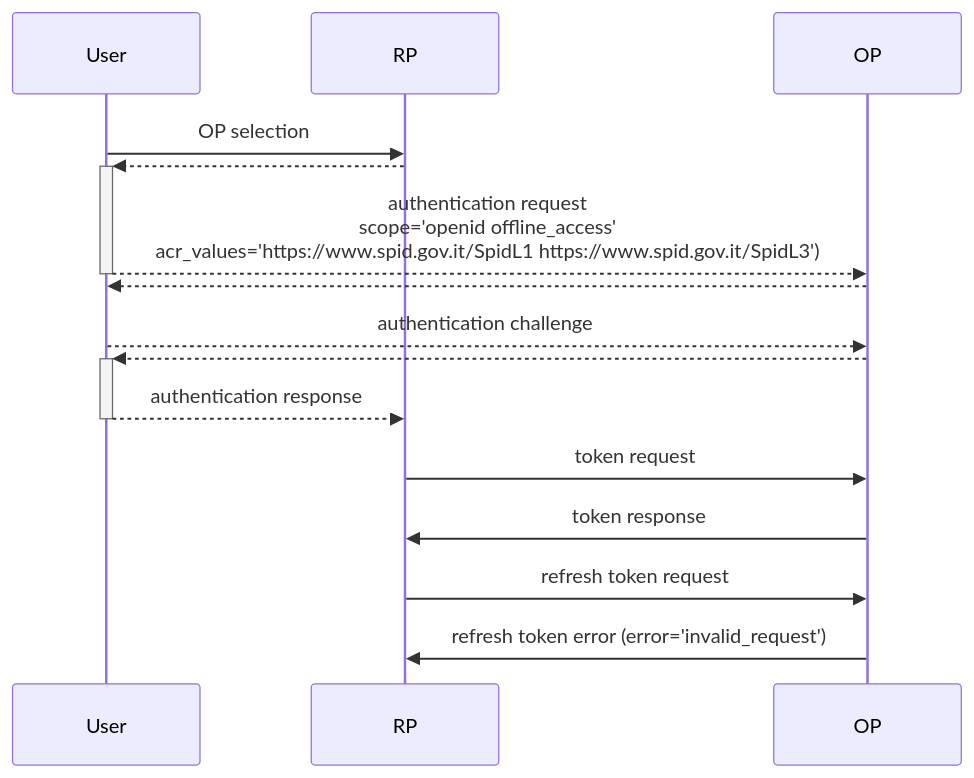
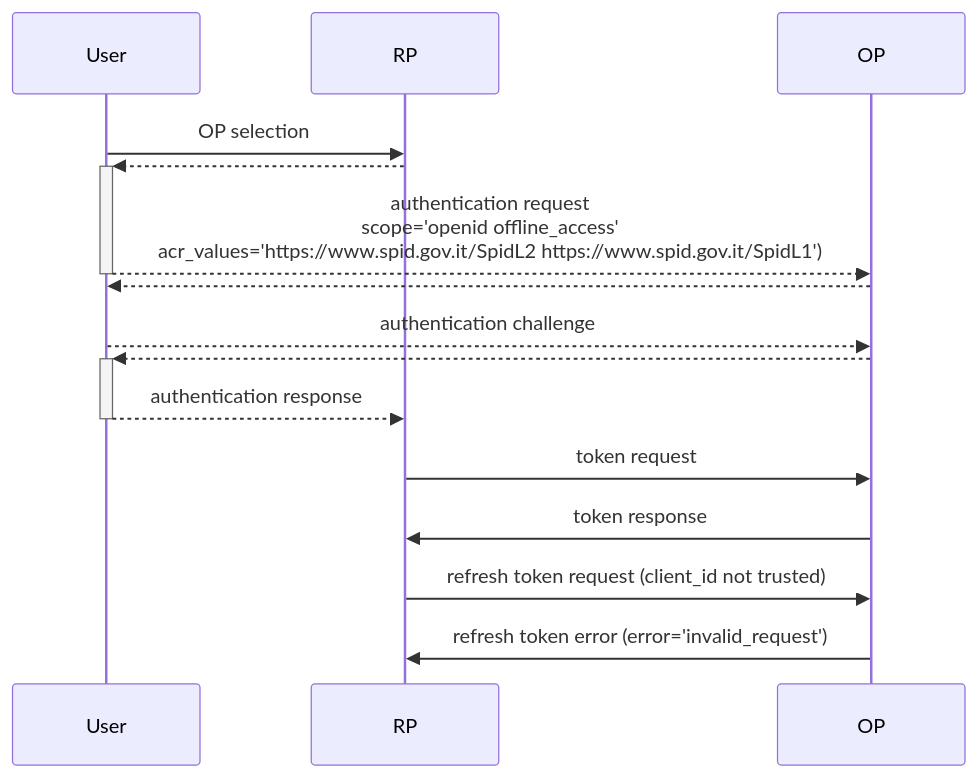
One commit to AgID/spid-oidc-check-op changed the diagram in src/client/img/testcase/test-case-oidc-offline-access-invalid-request-1.mermaid. Above: the diagram before and after it, drawn with Mermaid. The commit also changed 6 other files, not shown here.

```diff
--- a/src/client/img/testcase/test-case-oidc-offline-access-invalid-request-1.mermaid
+++ b/src/client/img/testcase/test-case-oidc-offline-access-invalid-request-1.mermaid
@@ -1,15 +1,15 @@
 sequenceDiagram
     participant User
     participant RP
     participant OP
     User->>RP: OP selection
     RP-->>+User: 
-    User-->>-OP: authentication request<br/>scope='openid offline_access'<br/>acr_values='https://www.spid.gov.it/SpidL1 https://www.spid.gov.it/SpidL3')
+    User-->>-OP: authentication request<br/>scope='openid offline_access'<br/>acr_values='https://www.spid.gov.it/SpidL2 https://www.spid.gov.it/SpidL1')
     OP-->>User: 
     User-->>OP: authentication challenge 
     OP-->>+User: 
     User-->>-RP: authentication response
     RP->>OP: token request
     OP->>RP: token response
-    RP->>OP: refresh token request
+    RP->>OP: refresh token request (client_id not trusted)
     OP->>RP: refresh token error (error='invalid_request')
```
